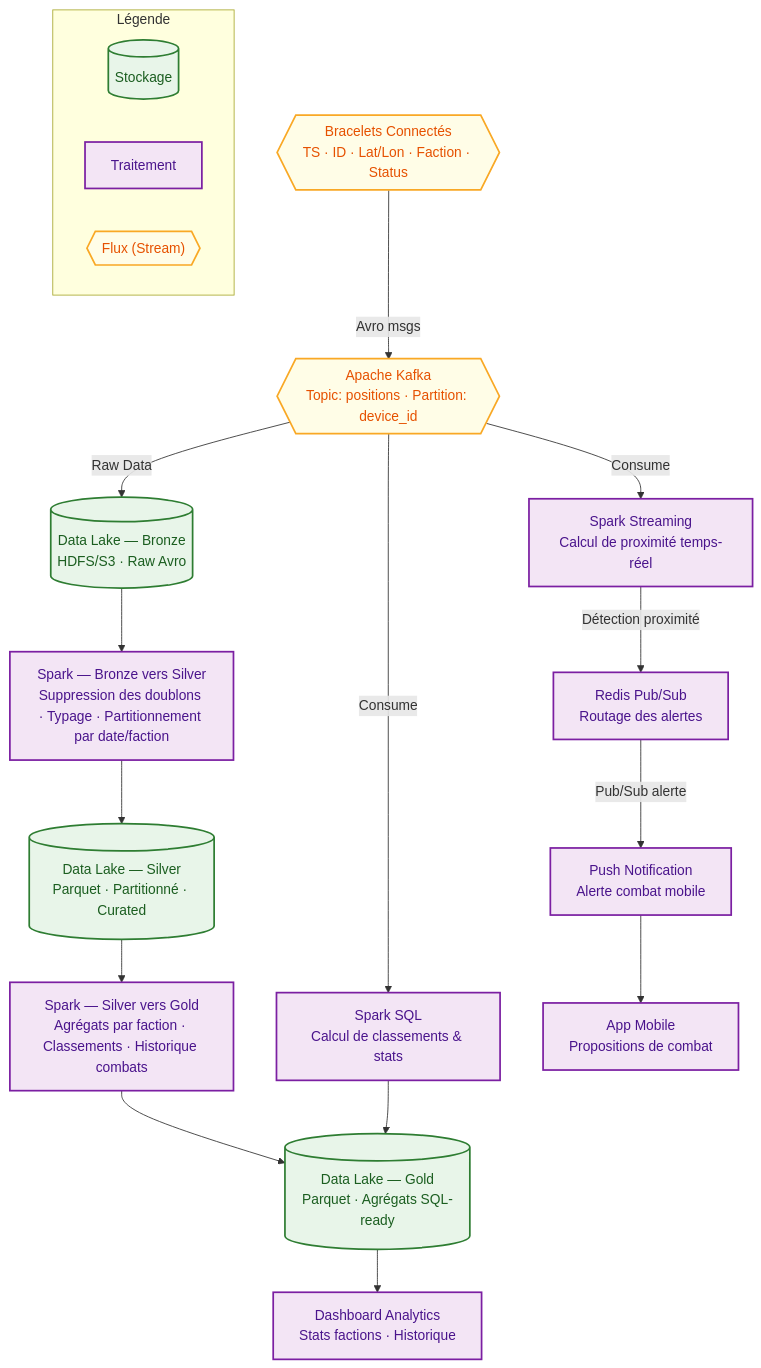
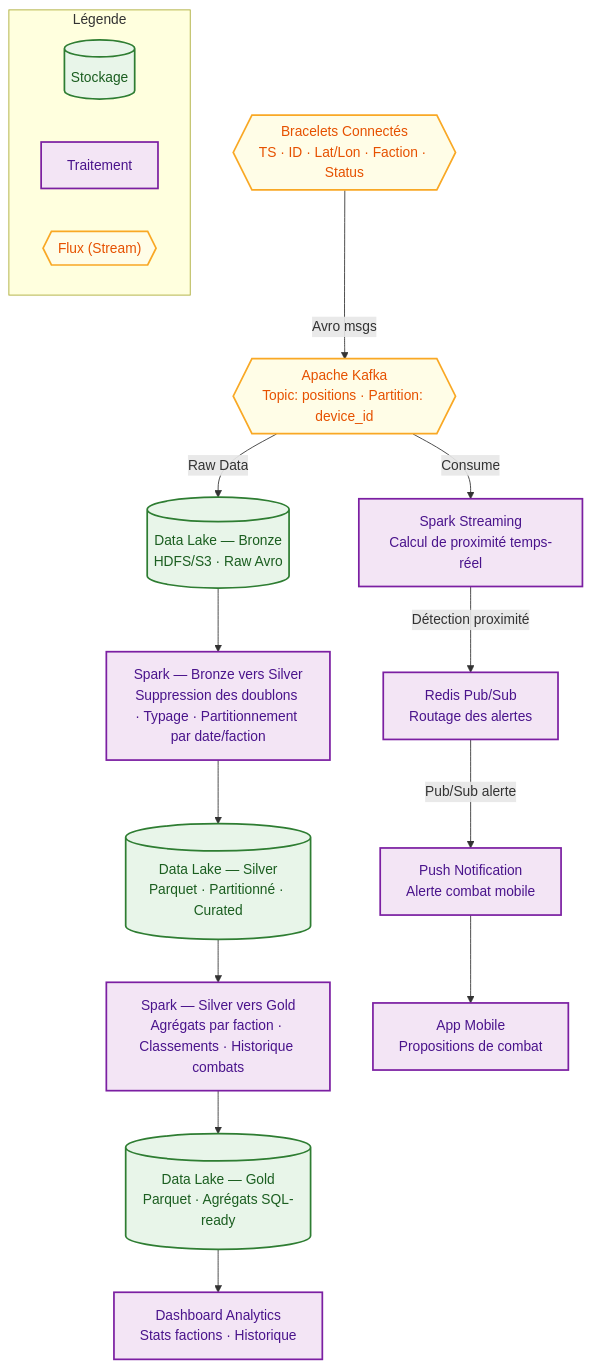
The diagram in README.md (ZeldaTwo/IDEProject), drawn with Mermaid before and after one commit.

Commit message:
fix(README.md): fixing project architecture (removing link between kafka and dashboard)

````diff
--- a/README.md
+++ b/README.md
@@ -55,40 +55,37 @@
 ```mermaid
 flowchart TD
     subgraph Legende [Légende]
         S[(Stockage)]:::storage
         P[Traitement]:::process
         ST{{"Flux (Stream)"}}:::stream
     end
 
     IoT{{"Bracelets Connectés\nTS · ID · Lat/Lon · Faction · Status"}}:::stream
     Kafka{{"Apache Kafka\nTopic: positions · Partition: device_id"}}:::stream
     SS["Spark Streaming\nCalcul de proximité temps-réel"]:::process
     ETL1["Spark — Bronze vers Silver\nSuppression des doublons · Typage · Partitionnement par date/faction"]:::process
     ETL2["Spark — Silver vers Gold\nAgrégats par faction · Classements · Historique combats"]:::process
-    SB["Spark SQL\nCalcul de classements & stats"]:::process
     Bronze[("Data Lake — Bronze\nHDFS/S3 · Raw Avro")]:::storage
     Silver[("Data Lake — Silver\nParquet · Partitionné · Curated")]:::storage
     Gold[("Data Lake — Gold\nParquet · Agrégats SQL-ready")]:::storage
     Redis["Redis Pub/Sub\nRoutage des alertes"]:::process
     Push["Push Notification\nAlerte combat mobile"]:::process
     Mobile["App Mobile\nPropositions de combat"]:::process
     Dashboard["Dashboard Analytics\nStats factions · Historique"]:::process
 
     IoT -->|Avro msgs| Kafka
     Kafka -->|Consume| SS
     Kafka -->|Raw Data| Bronze
-    Kafka -->|Consume| SB
     SS -->|Détection proximité| Redis
     Redis -->|Pub/Sub alerte| Push
     Push --> Mobile
     Bronze --> ETL1
     ETL1 --> Silver
     Silver --> ETL2
     ETL2 --> Gold
-    SB --> Gold
     Gold --> Dashboard
 
     classDef storage fill:#e8f5e9,stroke:#2e7d32,stroke-width:2px,color:#1b5e20
     classDef process fill:#f3e5f5,stroke:#7b1fa2,stroke-width:2px,color:#4a148c
     classDef stream fill:#fffde7,stroke:#f9a825,stroke-width:2px,color:#e65100
 ```
````
